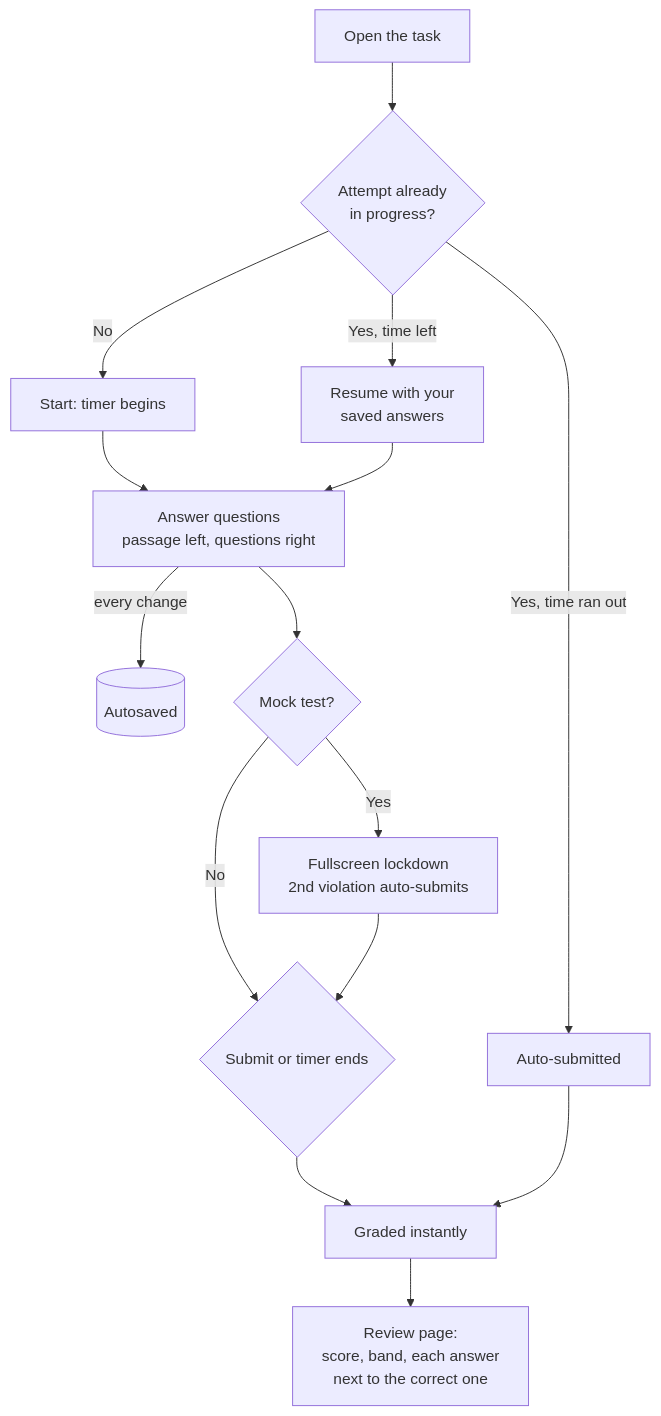
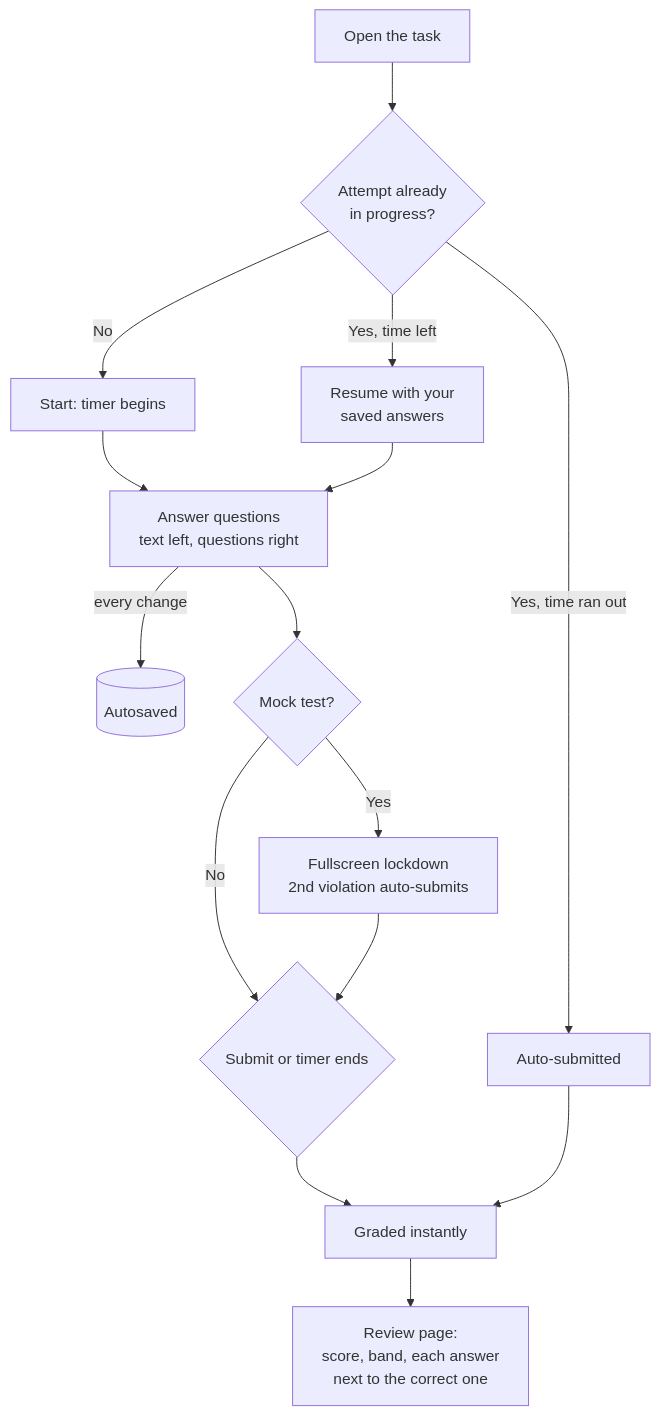
Before and after one commit to AakashdeepSingh1971/English_practices: the second of 5 diagrams in docs/GUIDE.md, drawn with Mermaid. The commit also changed other lines of this file and 18 other files, not shown here.

````diff
--- a/docs/GUIDE.md
+++ b/docs/GUIDE.md
@@ -62,17 +66,17 @@
 ```mermaid
 flowchart TD
     A[Open the task] --> B{Attempt already<br/>in progress?}
     B -- No --> C[Start: timer begins]
     B -- Yes, time left --> D[Resume with your<br/>saved answers]
     B -- Yes, time ran out --> E[Auto-submitted]
-    C --> F[Answer questions<br/>passage left, questions right]
+    C --> F[Answer questions<br/>text left, questions right]
     D --> F
     F -->|every change| SAVE[(Autosaved)]
     F --> L{Mock test?}
     L -- Yes --> LK[Fullscreen lockdown<br/>2nd violation auto-submits]
     L -- No --> SUB
     LK --> SUB{Submit or timer ends}
     SUB --> GR[Graded instantly]
     E --> GR
     GR --> RV[Review page:<br/>score, band, each answer<br/>next to the correct one]
 ```
````
